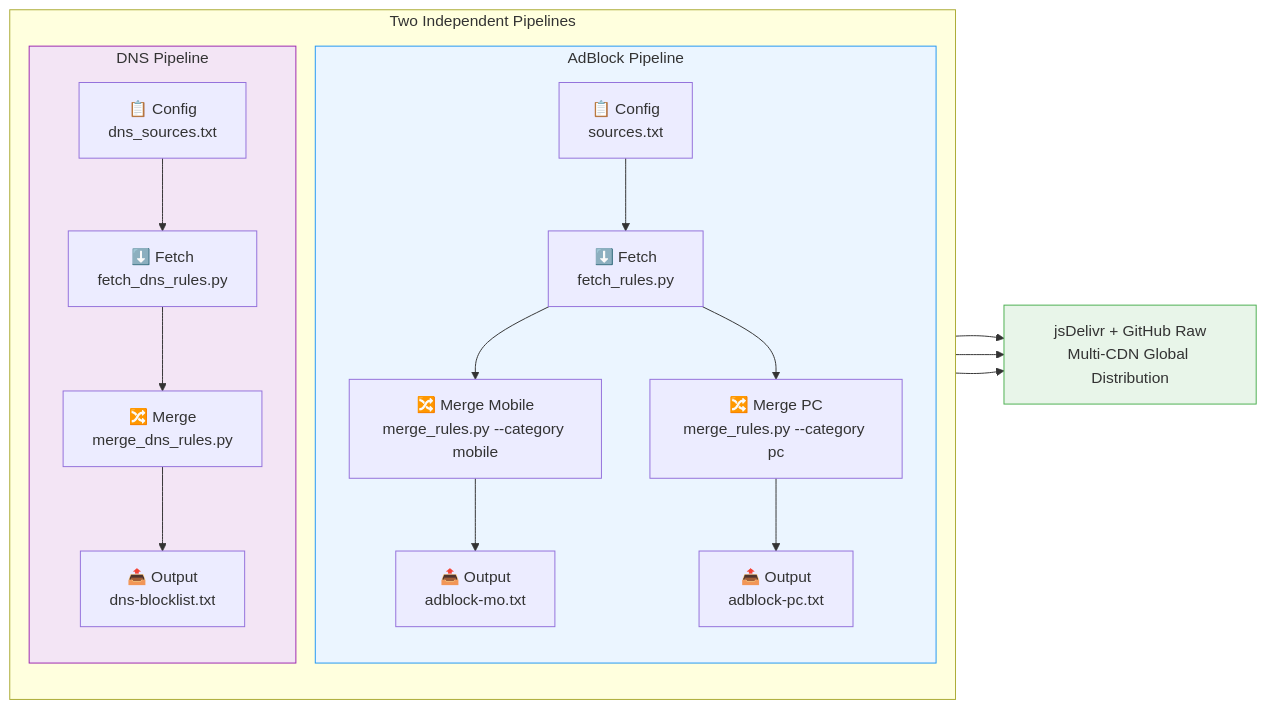
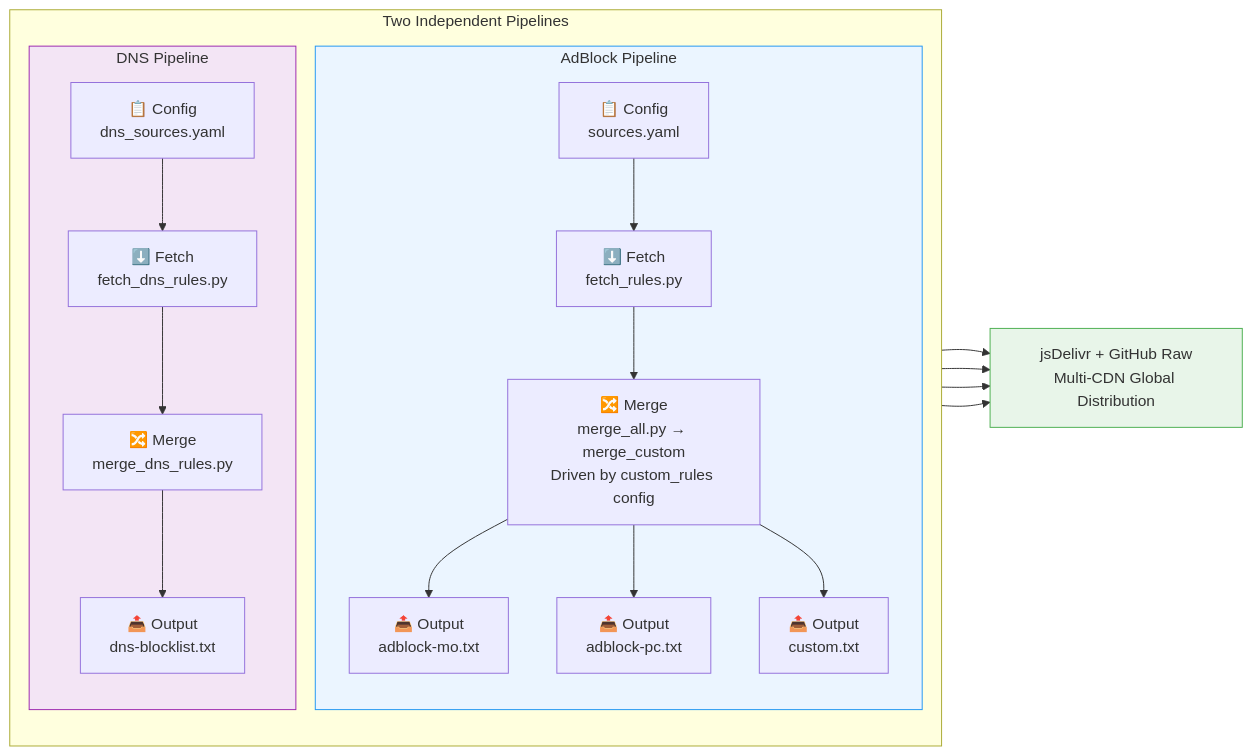
Before and after one commit to Chaniug/FilterFusion: the first of 2 diagrams in README_EN.md, drawn with Mermaid. The commit also changed other lines of this file and 16 other files, not shown here.

````diff
--- a/README_EN.md
+++ b/README_EN.md
@@ -152,25 +152,26 @@
 ```mermaid
 flowchart LR
     subgraph PIPE["Two Independent Pipelines"]
         direction TB
         subgraph AD["AdBlock Pipeline"]
-            A1["📋 Config<br/>sources.txt"] --> A2["⬇️ Fetch<br/>fetch_rules.py"]
-            A2 --> A3a["🔀 Merge Mobile<br/>merge_rules.py --category mobile"]
-            A2 --> A3b["🔀 Merge PC<br/>merge_rules.py --category pc"]
-            A3a --> A4a["📤 Output<br/>adblock-mo.txt"]
-            A3b --> A4b["📤 Output<br/>adblock-pc.txt"]
+            A1["📋 Config<br/>sources.yaml"] --> A2["⬇️ Fetch<br/>fetch_rules.py"]
+            A2 --> A3["🔀 Merge<br/>merge_all.py → merge_custom<br/>Driven by custom_rules config"]
+            A3 --> A4a["📤 Output<br/>adblock-mo.txt"]
+            A3 --> A4b["📤 Output<br/>adblock-pc.txt"]
+            A3 --> A4c["📤 Output<br/>custom.txt"]
         end
         subgraph DNS["DNS Pipeline"]
-            D1["📋 Config<br/>dns_sources.txt"] --> D2["⬇️ Fetch<br/>fetch_dns_rules.py"]
+            D1["📋 Config<br/>dns_sources.yaml"] --> D2["⬇️ Fetch<br/>fetch_dns_rules.py"]
             D2 --> D3["🔀 Merge<br/>merge_dns_rules.py"]
             D3 --> D4["📤 Output<br/>dns-blocklist.txt"]
         end
     end
     A4a --> CDN["jsDelivr + GitHub Raw<br/>Multi-CDN Global Distribution"]
     A4b --> CDN
+    A4c --> CDN
     D4 --> CDN
 
     style AD fill:#ebf5ff,stroke:#2196f3
     style DNS fill:#f3e5f5,stroke:#9c27b0
     style CDN fill:#e8f5e9,stroke:#4caf50
 ```
````
